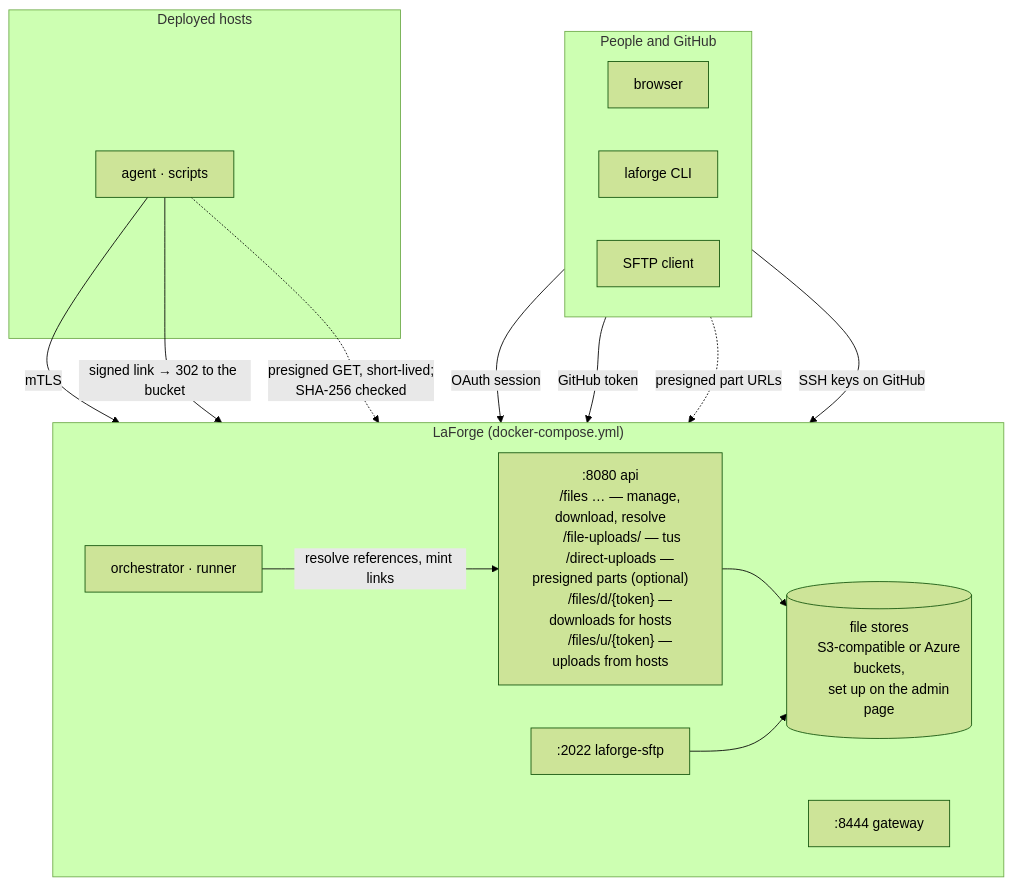
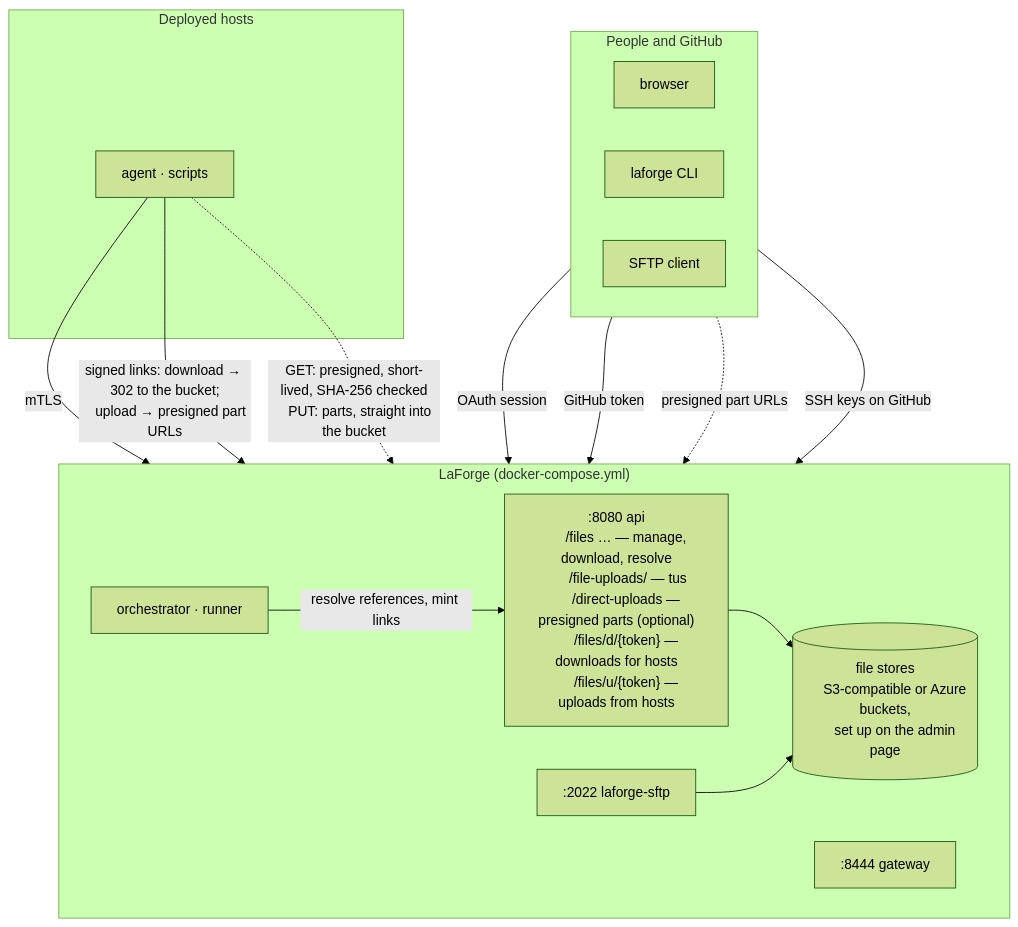
Before and after one commit to globalcptc/laforge: the diagram in docs/plans/file-store.md, drawn with Mermaid (forest theme). The commit also changed other lines of this file, not shown here.

Commit message:
File store plan: a wizard for stores; hosts' uploads go straight to the bucket

````diff
--- a/docs/plans/file-store.md
+++ b/docs/plans/file-store.md
@@ -46,39 +46,40 @@
 ```mermaid
 flowchart TB
     subgraph People["People and GitHub"]
       direction LR
       browser["browser"]
       cli["laforge CLI"]
       sftpc["SFTP client"]
     end
     subgraph LaForge["LaForge (docker-compose.yml)"]
       direction LR
       api[":8080 api
       /files … — manage, download, resolve
       /file-uploads/ — tus
       /direct-uploads — presigned parts (optional)
       /files/d/{token} — downloads for hosts
       /files/u/{token} — uploads from hosts"]
       sftp[":2022 laforge-sftp"]
       gw[":8444 gateway"]
       orch["orchestrator · runner"]
       bucket[("file stores
       S3-compatible or Azure buckets,
       set up on the admin page")]
     end
     subgraph Hosts["Deployed hosts"]
       host["agent · scripts"]
     end
 
     browser -- "OAuth session" --> api
     cli -- "GitHub token" --> api
     browser -. "presigned part URLs" .-> bucket
     sftpc -- "SSH keys on GitHub" --> sftp
     api --> bucket
     sftp --> bucket
     orch -- "resolve references, mint links" --> api
     host -- "mTLS" --> gw
-    host -- "signed link → 302 to the bucket" --> api
-    host -. "presigned GET, short-lived;
-    SHA-256 checked" .-> bucket
+    host -- "signed links: download → 302 to the bucket;
+    upload → presigned part URLs" --> api
+    host -. "GET: presigned, short-lived, SHA-256 checked
+    PUT: parts, straight into the bucket" .-> bucket
 ```
````
